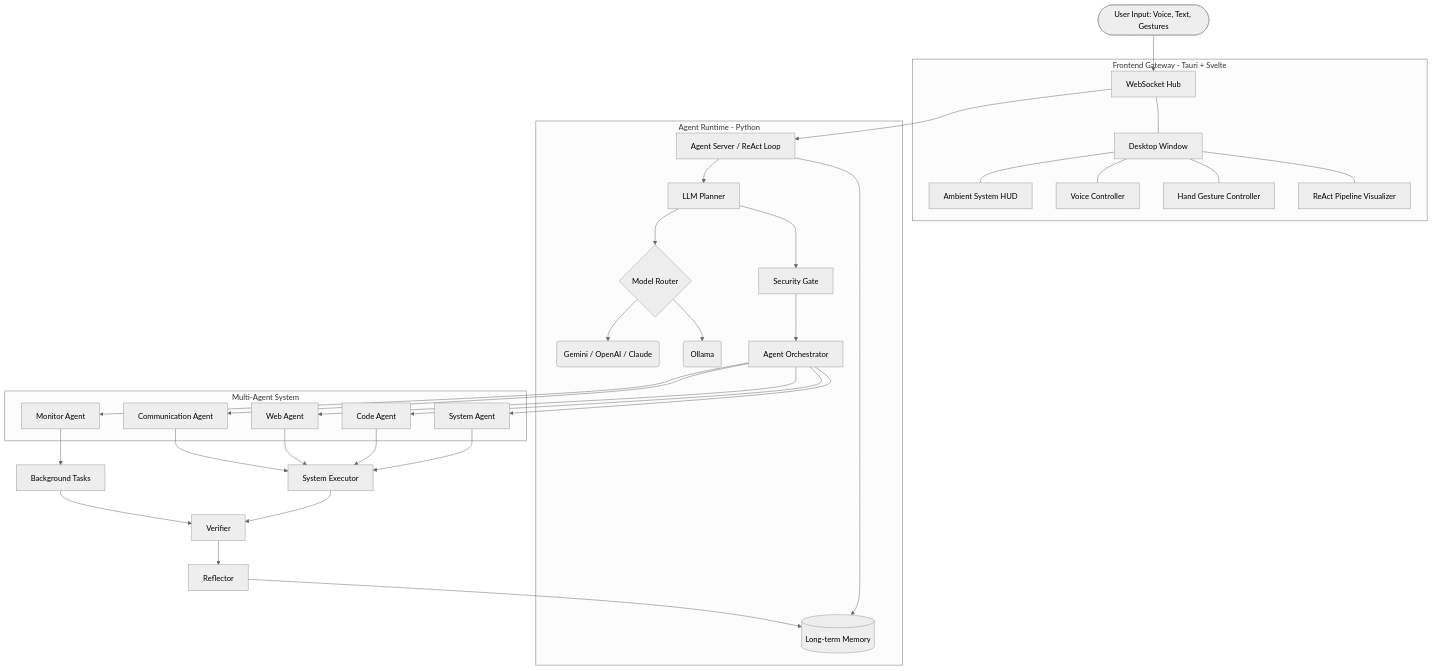
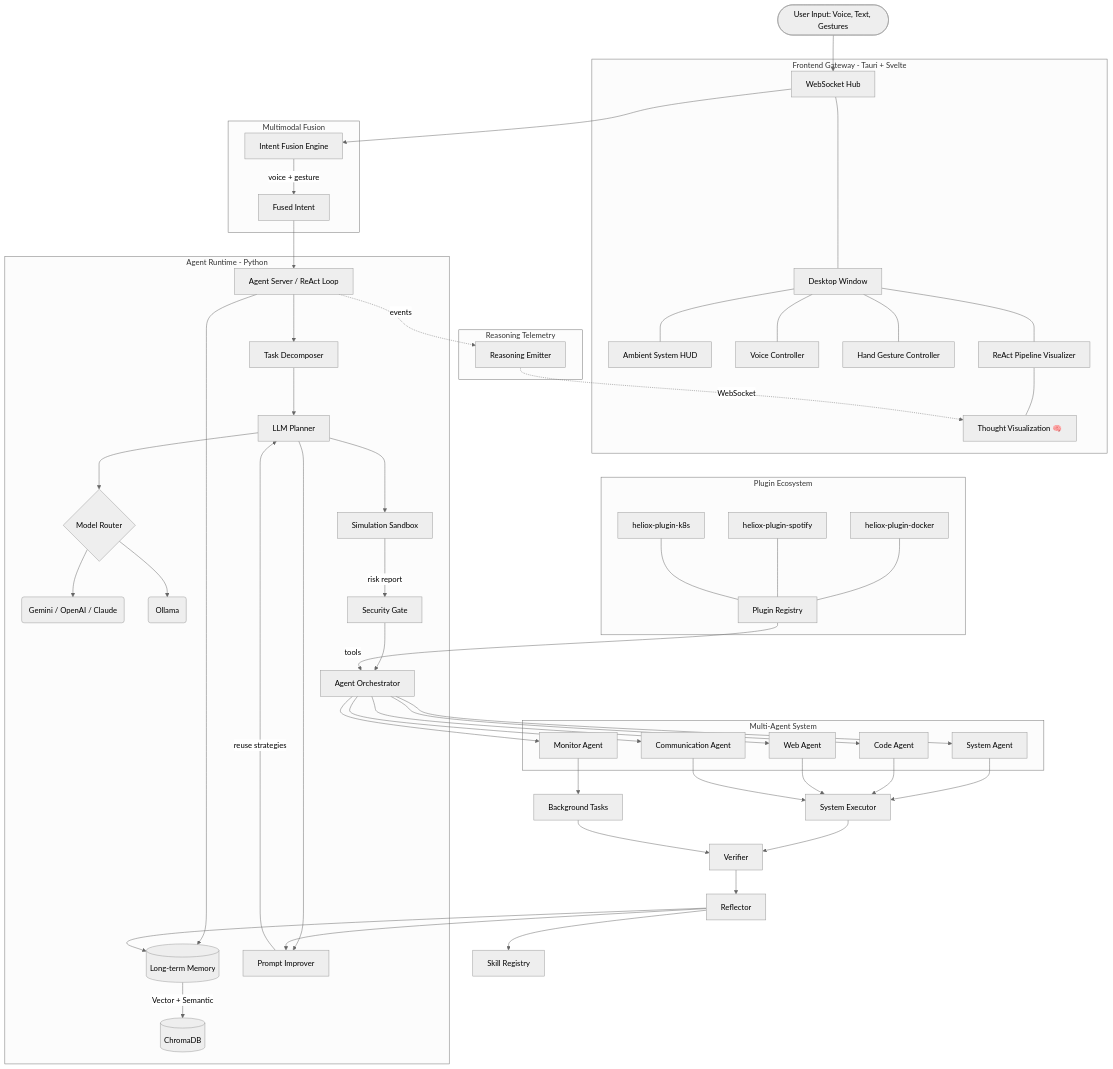
Before and after one commit to VyomKulshrestha/Cortex-OS: the diagram in README.md, drawn with Mermaid (neutral theme). The commit also changed other lines of this file and 5 other files, not shown here.

````diff
--- a/README.md
+++ b/README.md
@@ -165,49 +165,81 @@
 ```mermaid
 graph TD
     User(["User Input: Voice, Text, Gestures"]) --> Gateway
 
     subgraph "Frontend Gateway - Tauri + Svelte"
         Gateway["WebSocket Hub"]
         GUI["Desktop Window"]
         HUD["Ambient System HUD"]
         VC["Voice Controller"]
         GC["Hand Gesture Controller"]
         RPV["ReAct Pipeline Visualizer"]
+        TVS["Thought Visualization 🧠"]
         Gateway --- GUI
         GUI --- HUD
         GUI --- VC
         GUI --- GC
         GUI --- RPV
+        RPV --- TVS
     end
 
-    Gateway --> Daemon
+    Gateway --> Fusion
+
+    subgraph "Multimodal Fusion"
+        Fusion["Intent Fusion Engine"]
+        Fusion --> |"voice + gesture"| FusedIntent["Fused Intent"]
+    end
+
+    FusedIntent --> Daemon
 
     subgraph "Agent Runtime - Python"
         Daemon["Agent Server / ReAct Loop"] --> Memory[("Long-term Memory")]
-        Daemon --> Planner["LLM Planner"]
+        Memory --> |"Vector + Semantic"| ChromaDB[("ChromaDB")]
+        Daemon --> Decomposer["Task Decomposer"]
+        Decomposer --> Planner["LLM Planner"]
+        Planner --> PromptImprover["Prompt Improver"]
+        PromptImprover --> |"reuse strategies"| Planner
         Planner --> Router{"Model Router"}
         Router --> Ext_LLM("Gemini / OpenAI / Claude")
         Router --> Int_LLM("Ollama")
-        Planner --> Security["Security Gate"]
+        Planner --> Sandbox["Simulation Sandbox"]
+        Sandbox --> |"risk report"| Security["Security Gate"]
         Security --> Orchestrator["Agent Orchestrator"]
     end
 
     subgraph "Multi-Agent System"
         Orchestrator --> SA["System Agent"]
         Orchestrator --> CA["Code Agent"]
         Orchestrator --> WA["Web Agent"]
         Orchestrator --> MA["Monitor Agent"]
         Orchestrator --> COMM["Communication Agent"]
     end
 
+    subgraph "Plugin Ecosystem"
+        PluginReg["Plugin Registry"]
+        PluginReg --> |"tools"| Orchestrator
+        P1["heliox-plugin-docker"]
+        P2["heliox-plugin-spotify"]
+        P3["heliox-plugin-k8s"]
+        P1 --- PluginReg
+        P2 --- PluginReg
+        P3 --- PluginReg
+    end
+
     SA --> Executor["System Executor"]
     CA --> Executor
     WA --> Executor
     COMM --> Executor
     MA --> BG["Background Tasks"]
 
     Executor --> Verifier["Verifier"]
     BG --> Verifier
     Verifier --> Reflector["Reflector"]
+    Reflector --> PromptImprover
     Reflector --> Memory
+    Reflector --> SkillReg["Skill Registry"]
+
+    subgraph "Reasoning Telemetry"
+        Daemon -.-> |"events"| ReasoningEmitter["Reasoning Emitter"]
+        ReasoningEmitter -.-> |"WebSocket"| TVS
+    end
 ```
````
